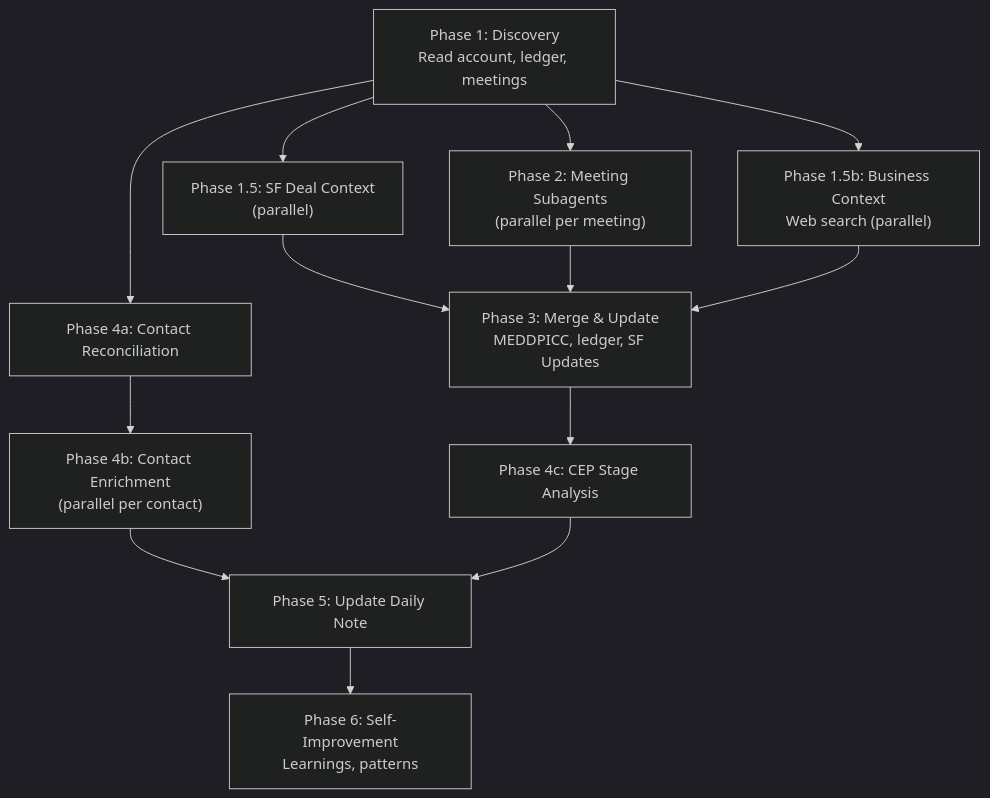
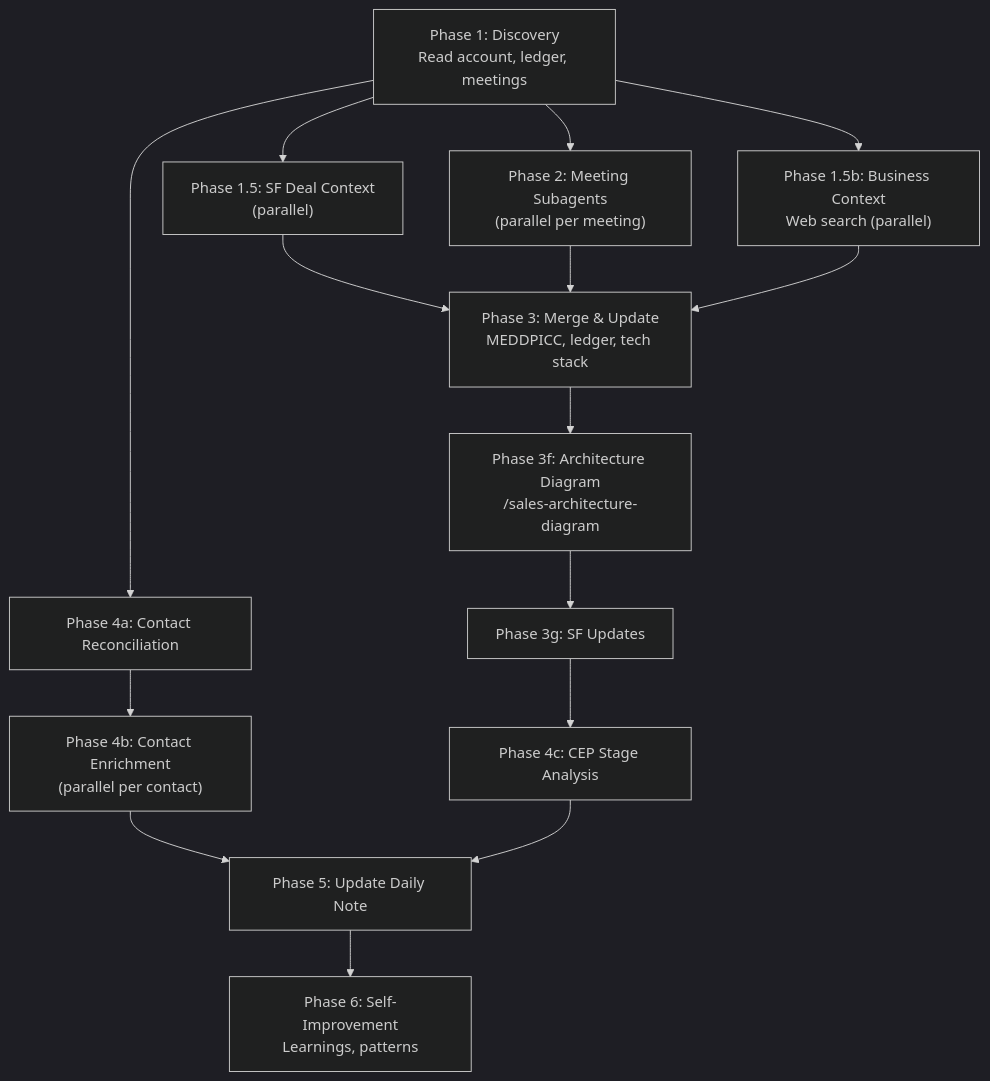
One commit to yeutterg/claude-code-sales-skills changed the second of 3 diagrams in README.md. Above: the diagram before and after it, drawn with Mermaid (dark theme). The commit also changed other lines of this file and 3 other files, not shown here.

First line of the commit message:
sync: add sales-architecture-diagram skill, update README and dependency graph

````diff
--- a/README.md
+++ b/README.md
@@ -200,15 +212,17 @@
 ```mermaid
 graph TD
     P1["Phase 1: Discovery<br/>Read account, ledger, meetings"] --> P15["Phase 1.5: SF Deal Context<br/>(parallel)"]
     P1 --> P2["Phase 2: Meeting Subagents<br/>(parallel per meeting)"]
     P1 --> P1b["Phase 1.5b: Business Context<br/>Web search (parallel)"]
-    P15 --> P3["Phase 3: Merge & Update<br/>MEDDPICC, ledger, SF Updates"]
+    P15 --> P3["Phase 3: Merge & Update<br/>MEDDPICC, ledger, tech stack"]
     P2 --> P3
     P1b --> P3
+    P3 --> P3f["Phase 3f: Architecture Diagram<br/>/sales-architecture-diagram"]
+    P3f --> P3g["Phase 3g: SF Updates"]
     P1 --> P4a["Phase 4a: Contact Reconciliation"]
     P4a --> P4b["Phase 4b: Contact Enrichment<br/>(parallel per contact)"]
-    P3 --> P4c["Phase 4c: CEP Stage Analysis"]
+    P3g --> P4c["Phase 4c: CEP Stage Analysis"]
     P4b --> P5["Phase 5: Update Daily Note"]
     P4c --> P5
     P5 --> P6["Phase 6: Self-Improvement<br/>Learnings, patterns"]
 ```
````
